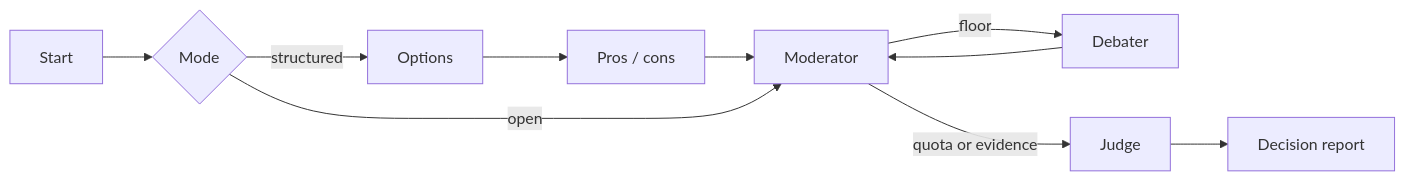
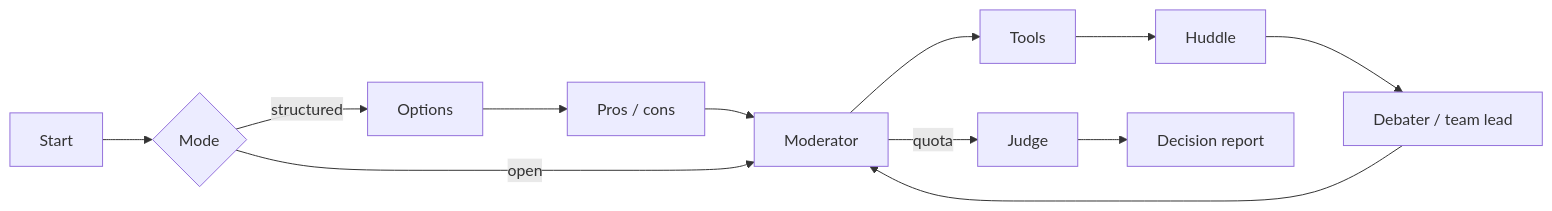
Before and after one commit to pypi-ahmad/multi-agent-debate-decision-system: the diagram in README.md, drawn with Mermaid. The commit also changed other lines of this file and 2 other files, not shown here.

````diff
--- a/README.md
+++ b/README.md
@@ -64,12 +64,14 @@
 ```mermaid
 flowchart LR
   Start[Start] --> Mode{Mode}
   Mode -->|structured| Opt[Options]
   Opt --> PC[Pros / cons]
   PC --> Mod[Moderator]
   Mode -->|open| Mod
-  Mod -->|floor| Deb[Debater]
-  Deb --> Mod
-  Mod -->|quota or evidence| Judge
+  Mod --> Tools
+  Tools --> Huddle
+  Huddle --> Speak[Debater / team lead]
+  Speak --> Mod
+  Mod -->|quota| Judge
   Judge --> Report[Decision report]
 ```
````
